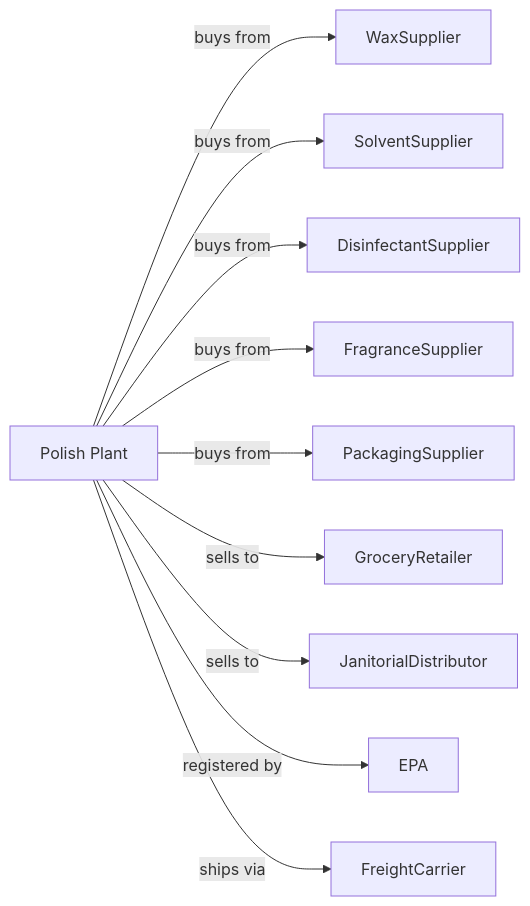
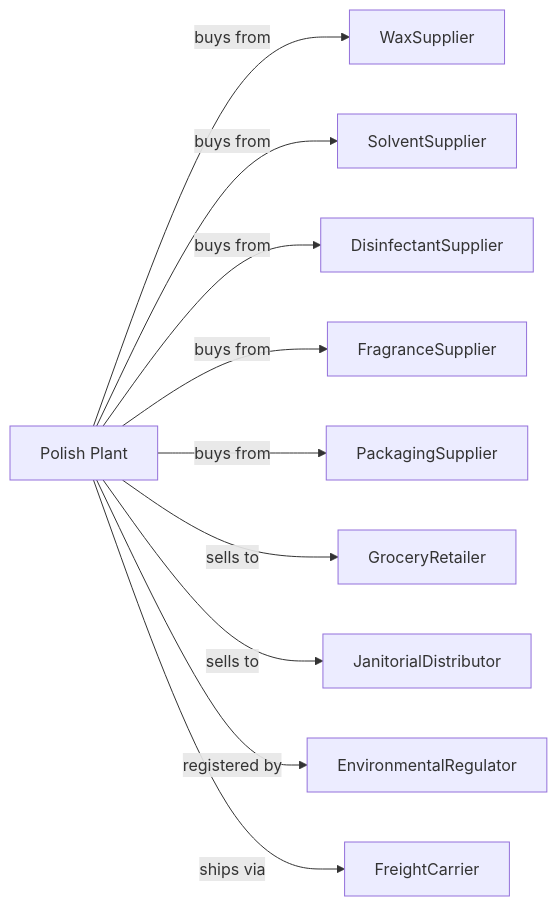
The second of 2 diagrams in Manufacturing/ChemicalManufacturing/SoapCleaningCompoundAndToiletPreparationManufacturing/PolishAndOtherSanitationGoodManufacturing.mdx (dot-org-ai/industries.org.ai), drawn with Mermaid before and after one commit. The commit also changed other lines of this file and 588 other files, not shown here.

````diff
--- a/Manufacturing/ChemicalManufacturing/SoapCleaningCompoundAndToiletPreparationManufacturing/PolishAndOtherSanitationGoodManufacturing.mdx
+++ b/Manufacturing/ChemicalManufacturing/SoapCleaningCompoundAndToiletPreparationManufacturing/PolishAndOtherSanitationGoodManufacturing.mdx
@@ -134,14 +134,14 @@
 ```mermaid
 graph LR
     P[Polish Plant]
 
     P -->|buys from| WaxSupplier
     P -->|buys from| SolventSupplier
     P -->|buys from| DisinfectantSupplier
     P -->|buys from| FragranceSupplier
     P -->|buys from| PackagingSupplier
     P -->|sells to| GroceryRetailer
     P -->|sells to| JanitorialDistributor
-    P -->|registered by| EPA
+    P -->|registered by| EnvironmentalRegulator
     P -->|ships via| FreightCarrier
 ```
````
